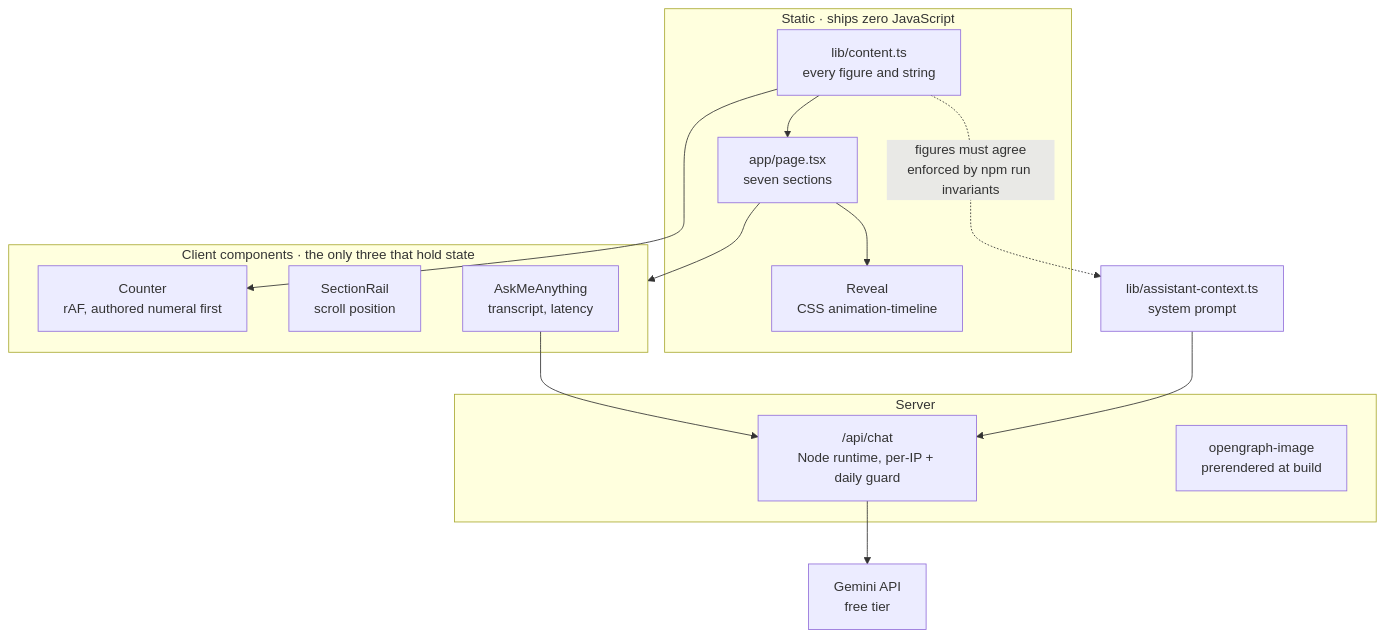
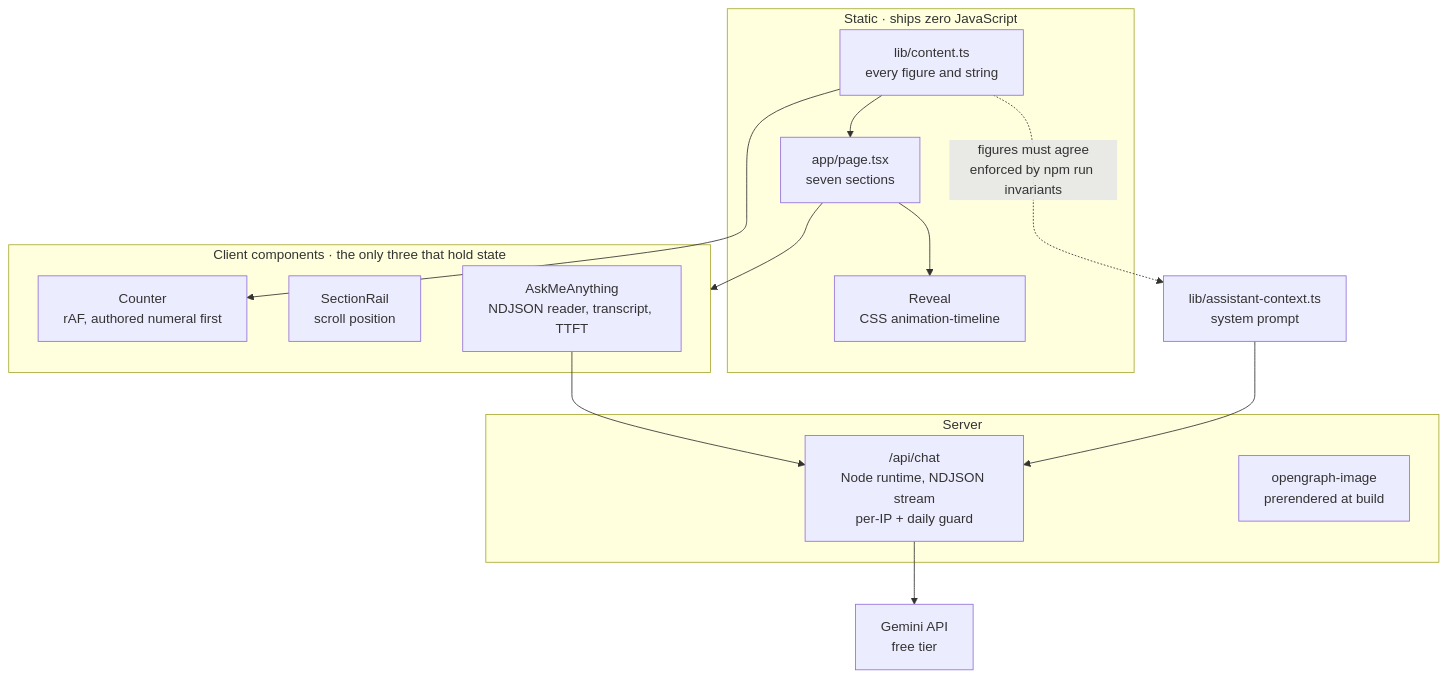
The diagram in README.md (EduardoVisconti/portfolio), drawn with Mermaid before and after one commit. The commit also changed other lines of this file and 4 other files, not shown here.

````diff
--- a/README.md
+++ b/README.md
@@ -45,31 +45,31 @@
 ```mermaid
 flowchart TD
     subgraph static["Static · ships zero JavaScript"]
         page["app/page.tsx<br/>seven sections"]
         reveal["Reveal<br/>CSS animation-timeline"]
         content["lib/content.ts<br/>every figure and string"]
     end
 
     subgraph client["Client components · the only three that hold state"]
         counter["Counter<br/>rAF, authored numeral first"]
         rail["SectionRail<br/>scroll position"]
-        ask["AskMeAnything<br/>transcript, latency"]
+        ask["AskMeAnything<br/>NDJSON reader, transcript, TTFT"]
     end
 
     subgraph server["Server"]
-        chat["/api/chat<br/>Node runtime, per-IP + daily guard"]
+        chat["/api/chat<br/>Node runtime, NDJSON stream<br/>per-IP + daily guard"]
         og["opengraph-image<br/>prerendered at build"]
     end
 
     gemini["Gemini API<br/>free tier"]
     ctx["lib/assistant-context.ts<br/>system prompt"]
 
     content --> page
     content --> counter
     page --> reveal
     page --> client
     ask --> chat
     chat --> gemini
     ctx --> chat
     content -. "figures must agree<br/>enforced by npm run invariants" .-> ctx
 ```
````
